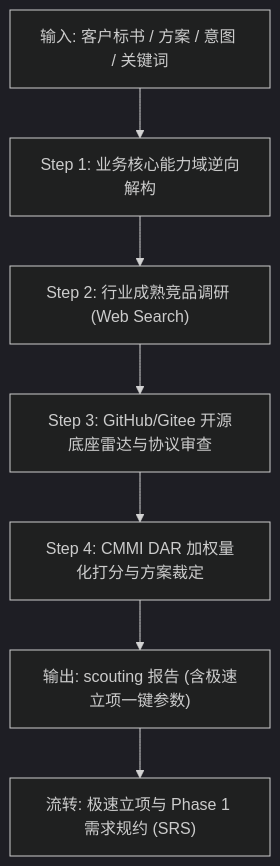
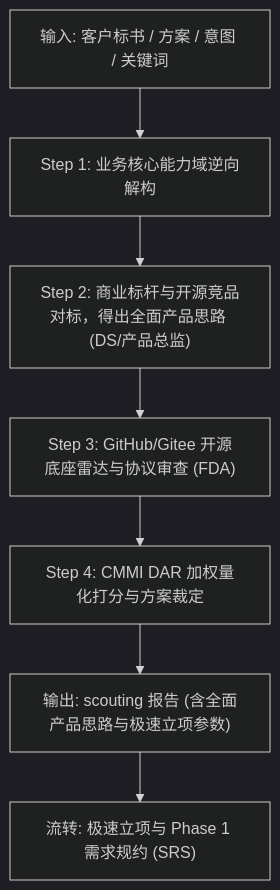
Before and after one commit to xaicd/coolie: the diagram in .agents/skills/solution-scouting-and-dar/SKILL.md, drawn with Mermaid (dark theme). The commit also changed other lines of this file and 437 other files, not shown here.

````diff
--- a/.agents/skills/solution-scouting-and-dar/SKILL.md
+++ b/.agents/skills/solution-scouting-and-dar/SKILL.md
@@ -37,9 +38,9 @@
 ```mermaid
 flowchart TD
   A["输入: 客户标书 / 方案 / 意图 / 关键词"] --> B["Step 1: 业务核心能力域逆向解构"]
-  B --> C["Step 2: 行业成熟竞品调研 (Web Search)"]
-  C --> D["Step 3: GitHub/Gitee 开源底座雷达与协议审查"]
+  B --> C["Step 2: 商业标杆与开源竞品对标，得出全面产品思路 (DS/产品总监)"]
+  C --> D["Step 3: GitHub/Gitee 开源底座雷达与协议审查 (FDA)"]
   D --> E["Step 4: CMMI DAR 加权量化打分与方案裁定"]
-  E --> F["输出: scouting 报告 (含极速立项一键参数)"]
+  E --> F["输出: scouting 报告 (含全面产品思路与极速立项参数)"]
   F --> G["流转: 极速立项与 Phase 1 需求规约 (SRS)"]
 ```
````
